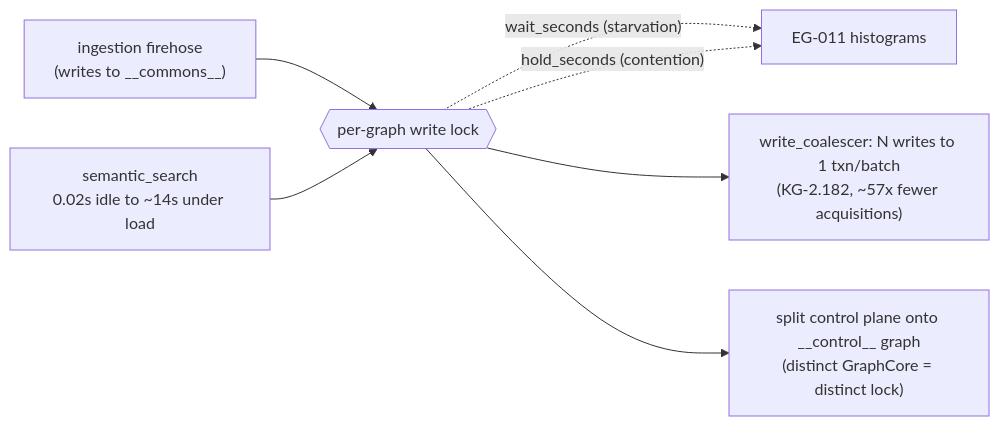
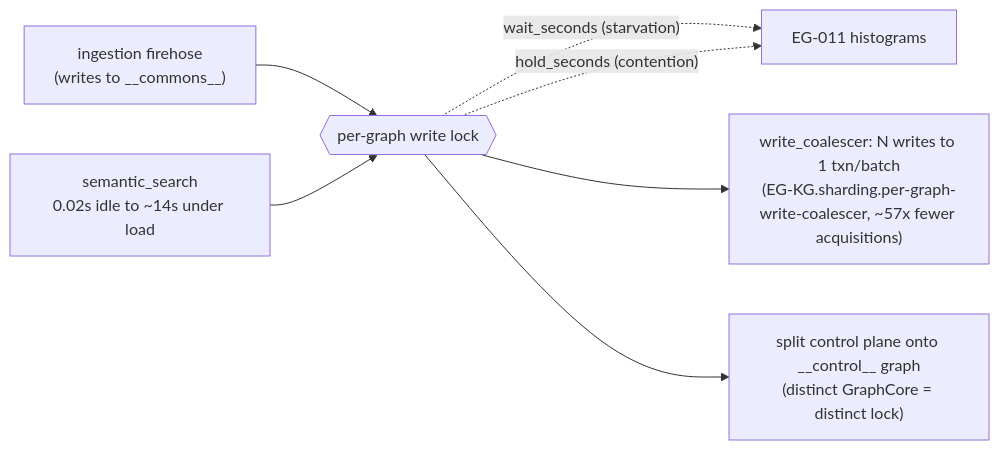
One commit to Knuckles-Team/agent-utilities changed the fourth of 4 diagrams in docs/architecture/graph_backends_architecture.md. Above: the diagram before and after it, drawn with Mermaid. The commit also changed other lines of this file and 2324 other files, not shown here.

````diff
--- a/docs/architecture/graph_backends_architecture.md
+++ b/docs/architecture/graph_backends_architecture.md
@@ -545,9 +545,9 @@
 ```mermaid
 flowchart LR
     ING["ingestion firehose<br/>(writes to __commons__)"] --> WLOCK{{"per-graph write lock"}}
     READ["semantic_search<br/>0.02s idle to ~14s under load"] --> WLOCK
     WLOCK -. "wait_seconds (starvation)" .-> HW["EG-011 histograms"]
     WLOCK -. "hold_seconds (contention)" .-> HW
-    WLOCK --> FIX1["write_coalescer: N writes to 1 txn/batch<br/>(KG-2.182, ~57x fewer acquisitions)"]
+    WLOCK --> FIX1["write_coalescer: N writes to 1 txn/batch<br/>(EG-KG.sharding.per-graph-write-coalescer, ~57x fewer acquisitions)"]
     WLOCK --> FIX2["split control plane onto __control__ graph<br/>(distinct GraphCore = distinct lock)"]
 ```
````
